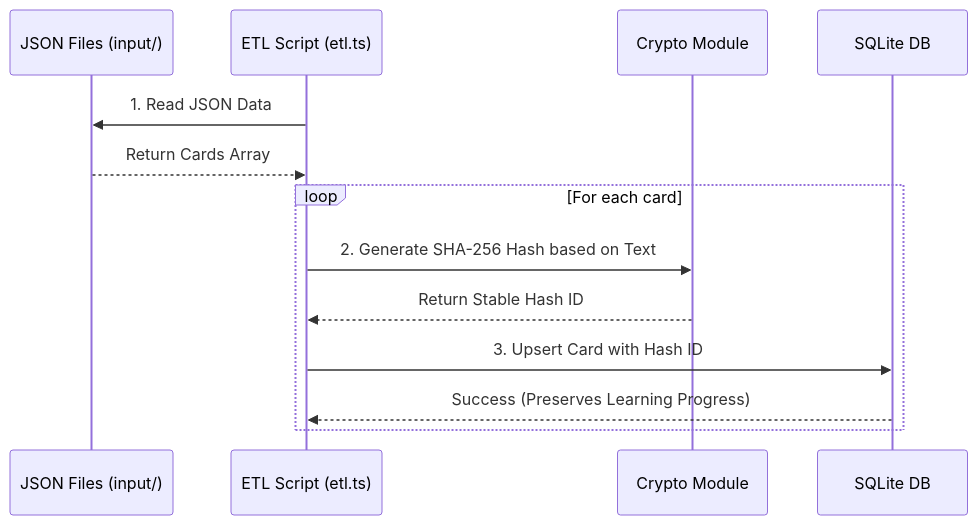
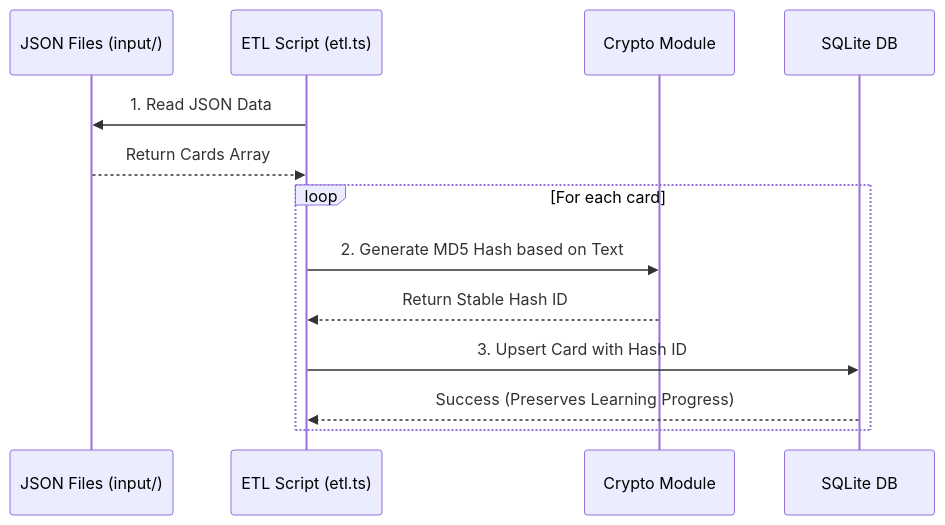
Before and after one commit to idenrai/memorize_supporter: the diagram in doc/architecture.md, drawn with Mermaid. The commit also changed other lines of this file and 34 other files, not shown here.

````diff
--- a/doc/architecture.md
+++ b/doc/architecture.md
@@ -136,16 +150,16 @@
 ```mermaid
 sequenceDiagram
     participant J as JSON Files (input/)
     participant E as ETL Script (etl.ts)
     participant C as Crypto Module
     participant DB as SQLite DB
     
     E->>J: 1. Read JSON Data
     J-->>E: Return Cards Array
     loop For each card
-        E->>C: 2. Generate SHA-256 Hash based on Text
+        E->>C: 2. Generate MD5 Hash based on Text
         C-->>E: Return Stable Hash ID
         E->>DB: 3. Upsert Card with Hash ID
         DB-->>E: Success (Preserves Learning Progress)
     end
 ```
````
